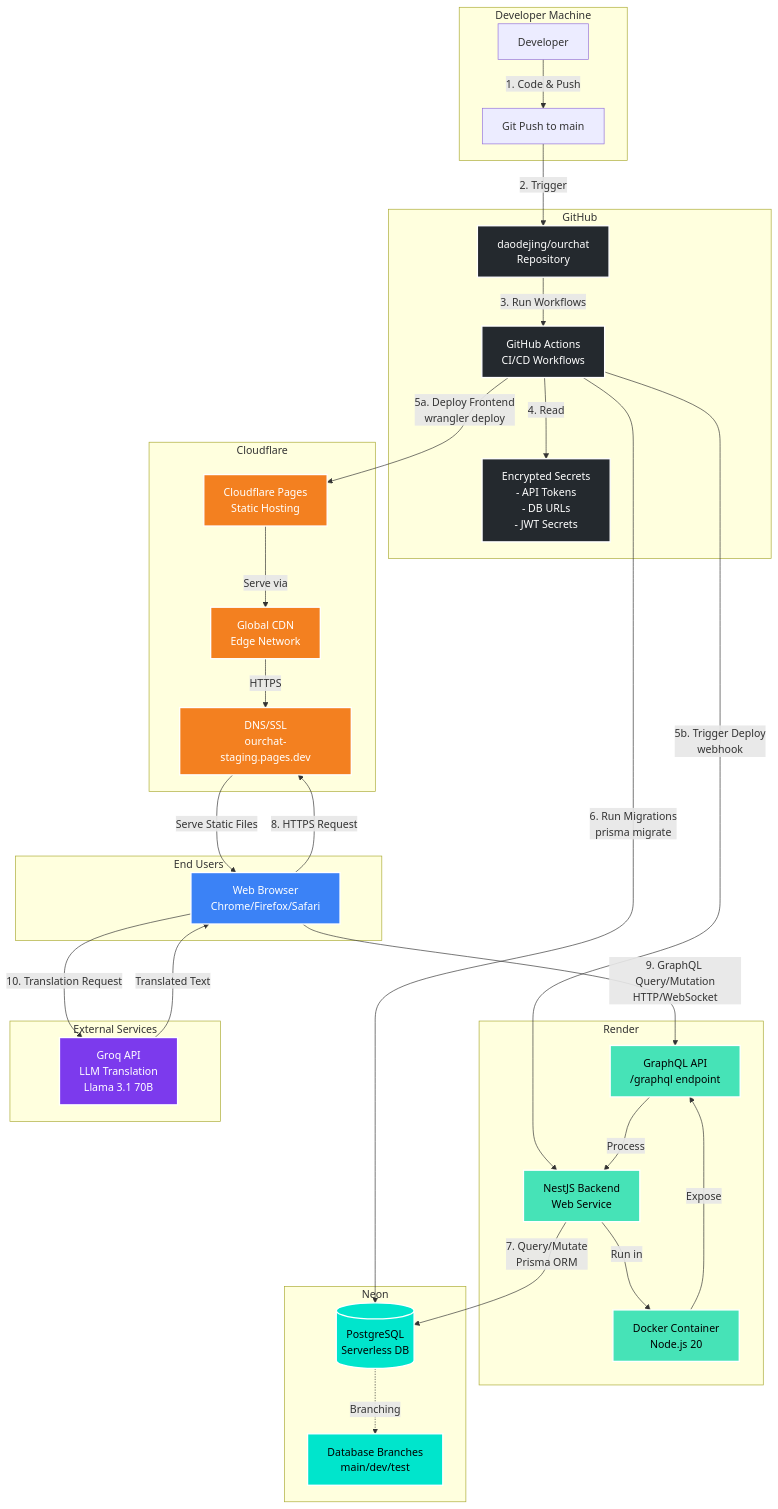
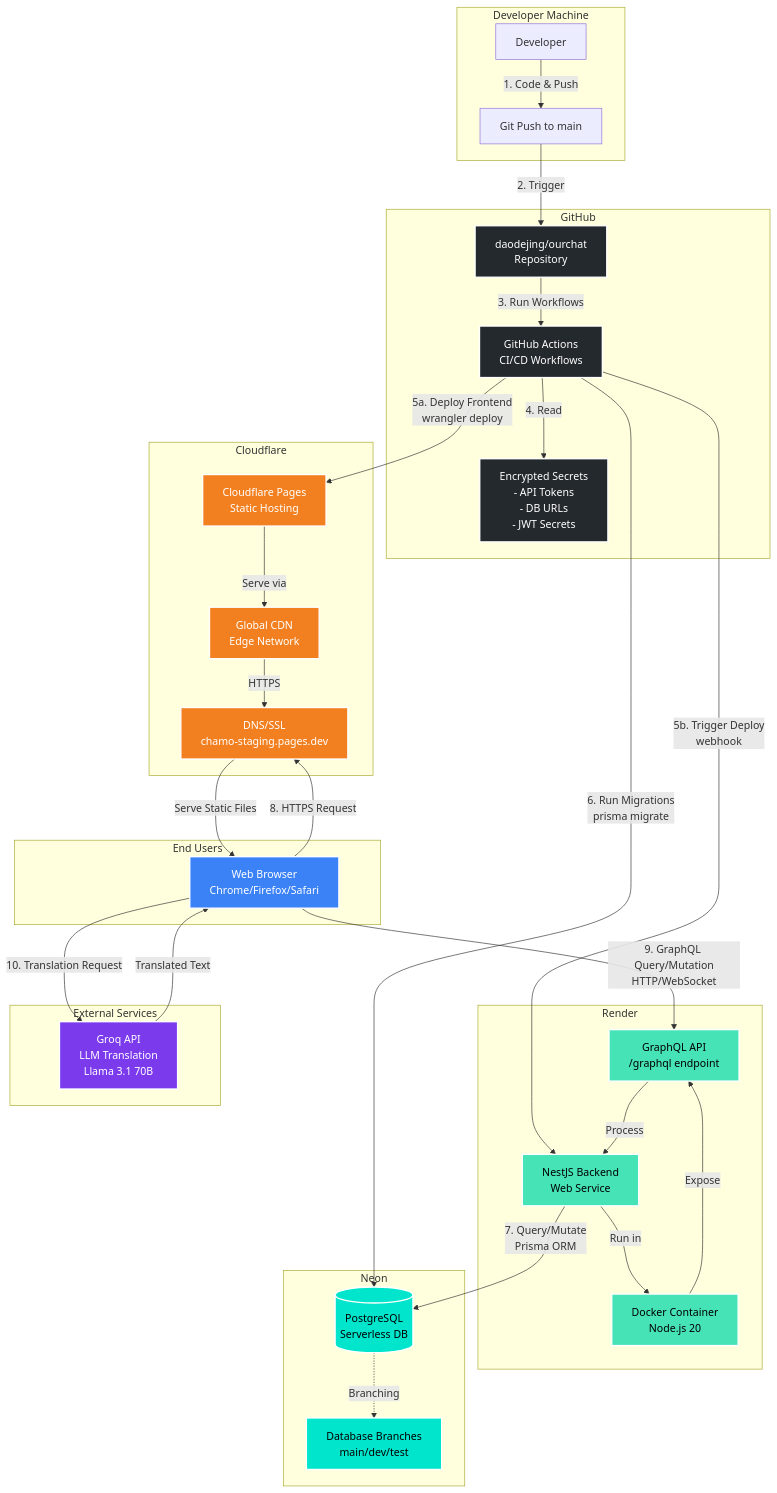
The diagram in docs/DEPLOYMENT_SETUP.md (daodejing/chamo), drawn with Mermaid before and after one commit. The commit also changed other lines of this file, not shown here.

First line of the commit message:
Update deployment guide with official app name 'Chamo'

```diff
--- a/docs/DEPLOYMENT_SETUP.md
+++ b/docs/DEPLOYMENT_SETUP.md
@@ -20,7 +22,7 @@
     subgraph "Cloudflare"
         Pages[Cloudflare Pages<br/>Static Hosting]
         CDN[Global CDN<br/>Edge Network]
-        DNS[DNS/SSL<br/>ourchat-staging.pages.dev]
+        DNS[DNS/SSL<br/>chamo-staging.pages.dev]
     end
 
     subgraph "Render"
```
